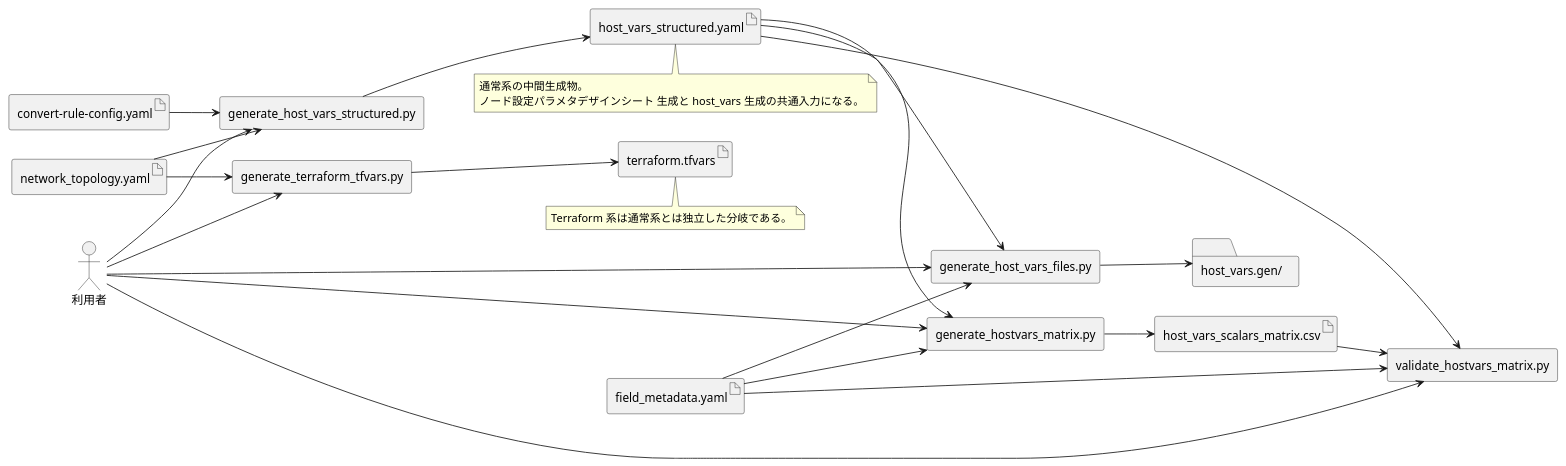
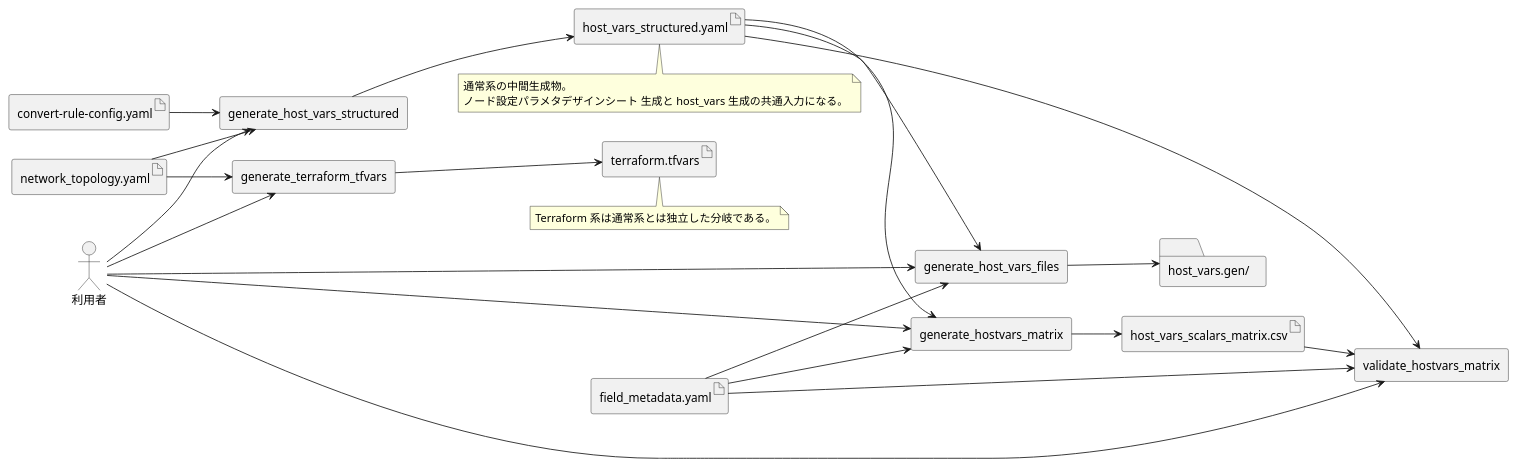
One commit to takeharukato/ansibleConfigGenerator changed the first of 7 diagrams in design/prototype/program-structure-draft.md. Above: the diagram before and after it, drawn with PlantUML. The commit also changed other lines of this file and 40 other files, not shown here.

````diff
--- a/design/prototype/program-structure-draft.md
+++ b/design/prototype/program-structure-draft.md
@@ -151,61 +151,61 @@
 ```plantuml
 @startuml
 left to right direction
 skinparam shadowing false
 skinparam componentStyle rectangle
 
 actor "利用者" as user
 
 artifact "network_topology.yaml" as topology
 artifact "convert-rule-config.yaml" as rule_config
 artifact "field_metadata.yaml" as metadata
 
-component "generate_host_vars_structured.py" as gen_structured
+component "generate_host_vars_structured" as gen_structured
 artifact "host_vars_structured.yaml" as structured
 
-component "generate_hostvars_matrix.py" as gen_matrix
+component "generate_hostvars_matrix" as gen_matrix
 artifact "host_vars_scalars_matrix.csv" as matrix
 
-component "validate_hostvars_matrix.py" as validate_matrix
+component "validate_hostvars_matrix" as validate_matrix
 
-component "generate_host_vars_files.py" as gen_files
+component "generate_host_vars_files" as gen_files
 folder "host_vars.gen/" as hostvars_dir
 
-component "generate_terraform_tfvars.py" as gen_tfvars
+component "generate_terraform_tfvars" as gen_tfvars
 artifact "terraform.tfvars" as tfvars
 
 user --> gen_structured
 user --> gen_matrix
 user --> validate_matrix
 user --> gen_files
 user --> gen_tfvars
 
 topology --> gen_structured
 rule_config --> gen_structured
 gen_structured --> structured
 
 structured --> gen_matrix
 metadata --> gen_matrix
 gen_matrix --> matrix
 
 matrix --> validate_matrix
 metadata --> validate_matrix
 structured --> validate_matrix
 
 structured --> gen_files
 metadata --> gen_files
 gen_files --> hostvars_dir
 
 topology --> gen_tfvars
 gen_tfvars --> tfvars
 
 note bottom of structured
 通常系の中間生成物。
 ノード設定パラメタデザインシート 生成と host_vars 生成の共通入力になる。
 end note
 
 note bottom of tfvars
 Terraform 系は通常系とは独立した分岐である。
 end note
 @enduml
 ```
````
